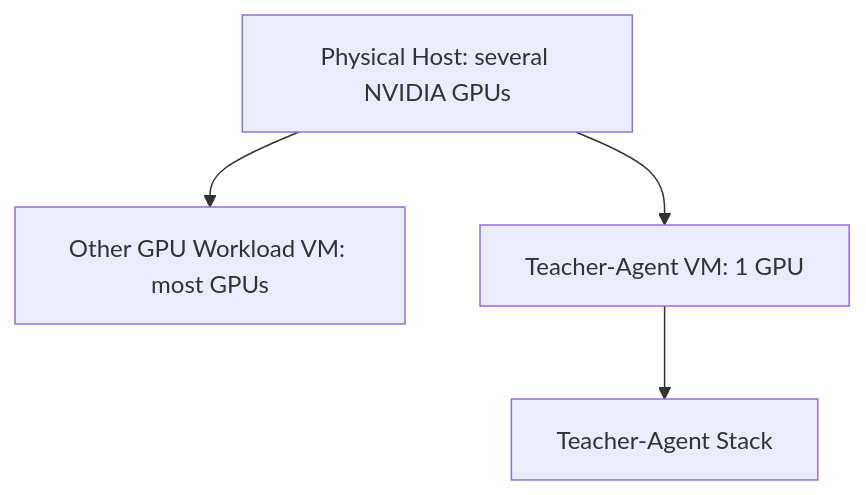
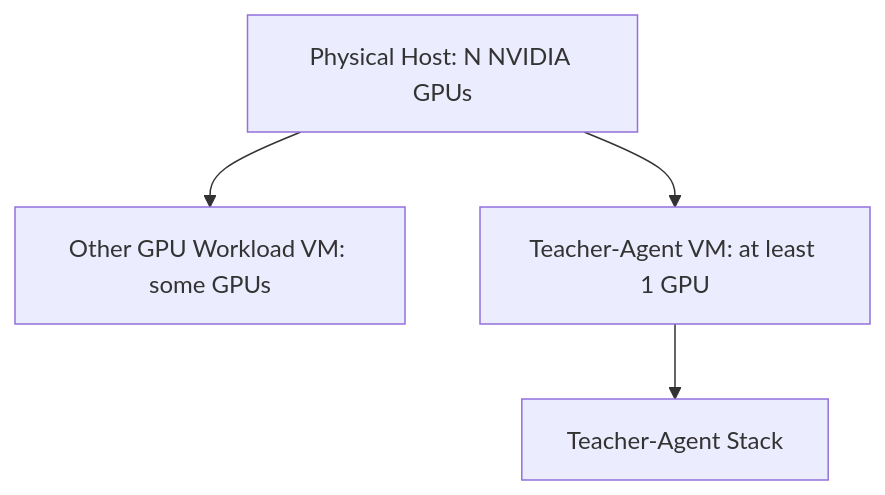
The ninth of 9 diagrams in docs/architecture.md (ninemate/ai-teacher), drawn with Mermaid before and after one commit. The commit also changed other lines of this file and 5 other files, not shown here.

````diff
--- a/docs/architecture.md
+++ b/docs/architecture.md
@@ -235,6 +237,6 @@
 ```mermaid
 flowchart TB
-  Host[Physical Host: several NVIDIA GPUs] --> VM1[Other GPU Workload VM: most GPUs]
-  Host --> VM2[Teacher-Agent VM: 1 GPU]
+  Host[Physical Host: N NVIDIA GPUs] --> VM1[Other GPU Workload VM: some GPUs]
+  Host --> VM2[Teacher-Agent VM: at least 1 GPU]
   VM2 --> Teacher[Teacher-Agent Stack]
 ```
````
